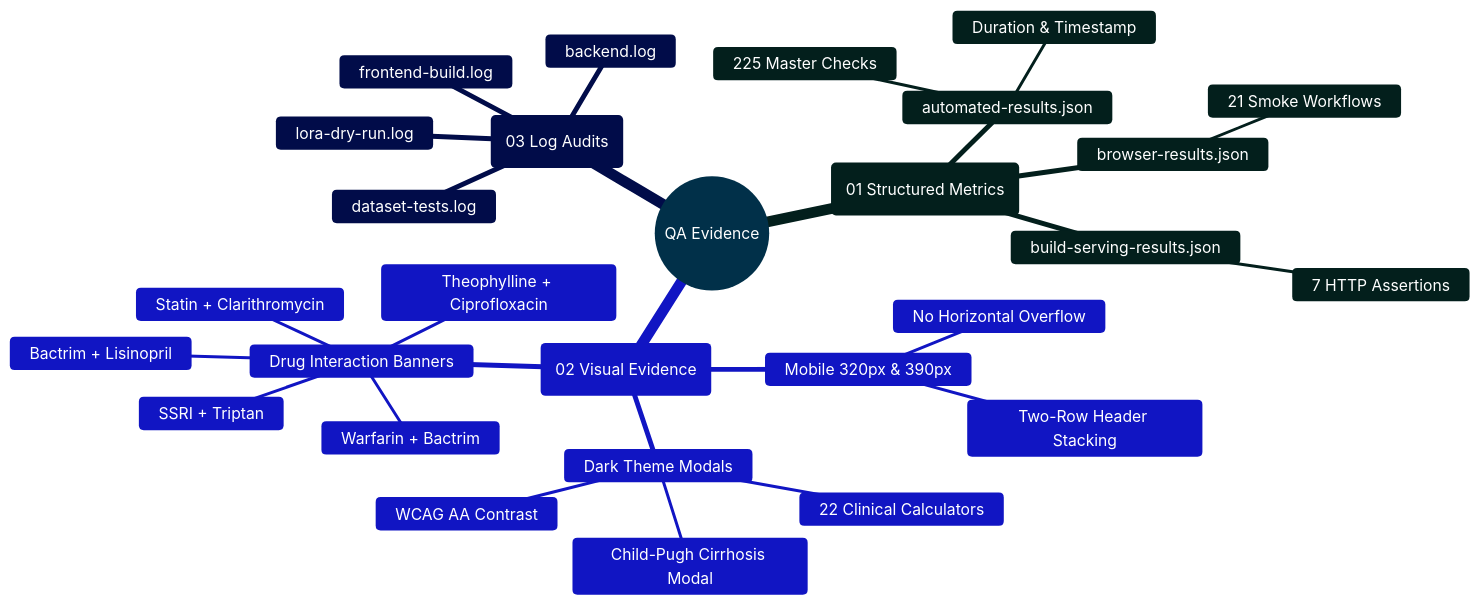
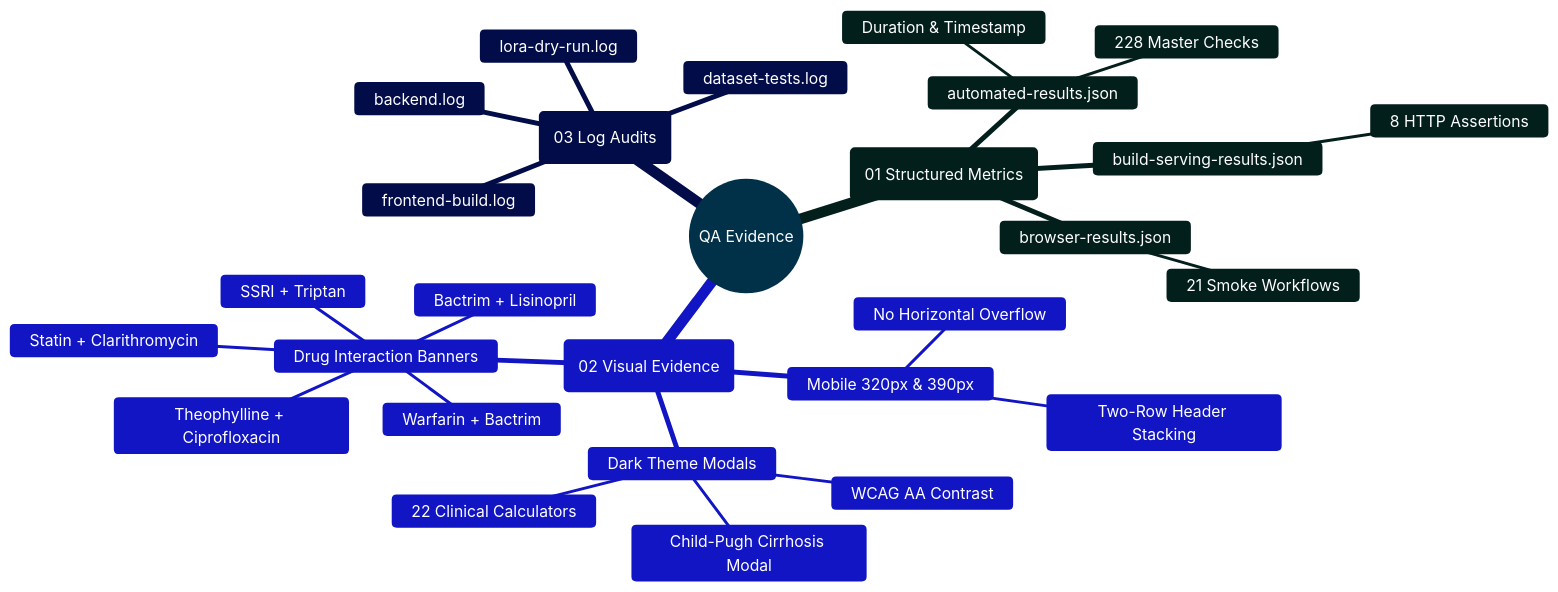
One commit to Ganesh172919/React-App-LLM changed the diagram in output/qa/README.md. Above: the diagram before and after it, drawn with Mermaid. The commit also changed other lines of this file and 32 other files, not shown here.

````diff
--- a/output/qa/README.md
+++ b/output/qa/README.md
@@ -45,33 +45,33 @@
 ```mermaid
 %%{init: {'theme': 'base', 'themeVariables': { 'primaryColor': '#0284c7', 'primaryTextColor': '#ffffff', 'primaryBorderColor': '#0369a1', 'lineColor': '#0284c7', 'secondaryColor': '#0d9488', 'tertiaryColor': '#6366f1' }}}%%
 mindmap
   root((QA Evidence))
     ::icon(fa fa-clipboard-check)
     (01 Structured Metrics)
       automated-results.json
-        225 Master Checks
+        228 Master Checks
         Duration & Timestamp
       browser-results.json
         21 Smoke Workflows
       build-serving-results.json
-        7 HTTP Assertions
+        8 HTTP Assertions
     (02 Visual Evidence)
       Mobile 320px & 390px
         No Horizontal Overflow
         Two-Row Header Stacking
       Dark Theme Modals
         WCAG AA Contrast
         22 Clinical Calculators
         Child-Pugh Cirrhosis Modal
       Drug Interaction Banners
         Theophylline + Ciprofloxacin
         Warfarin + Bactrim
         SSRI + Triptan
         Bactrim + Lisinopril
         Statin + Clarithromycin
     (03 Log Audits)
       backend.log
       frontend-build.log
       dataset-tests.log
       lora-dry-run.log
 ```
````
